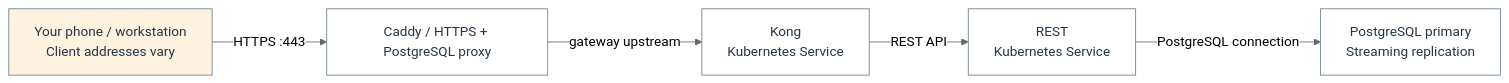
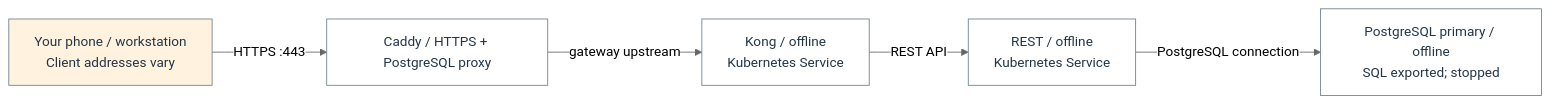
The diagram in docs/architecture/flow-14.mmd (Harsh-2002/Homelab), drawn with Mermaid (neutral theme) before and after one commit. The commit also changed 77 other files, not shown here.

```diff
--- a/docs/architecture/flow-14.mmd
+++ b/docs/architecture/flow-14.mmd
@@ -1,14 +1,14 @@
 flowchart LR
   n_flow_14_0["Your phone / workstation<br/>Client addresses vary"]
   n_flow_14_1["Caddy / HTTPS + PostgreSQL proxy"]
-  n_flow_14_2["Kong<br/>Kubernetes Service"]
-  n_flow_14_3["REST<br/>Kubernetes Service"]
-  n_flow_14_4["PostgreSQL primary<br/>Streaming replication"]
+  n_flow_14_2["Kong / offline<br/>Kubernetes Service"]
+  n_flow_14_3["REST / offline<br/>Kubernetes Service"]
+  n_flow_14_4["PostgreSQL primary / offline<br/>SQL exported; stopped"]
   n_flow_14_0 -->|"HTTPS :443"| n_flow_14_1
   n_flow_14_1 -->|"gateway upstream"| n_flow_14_2
   n_flow_14_2 -->|"REST API"| n_flow_14_3
   n_flow_14_3 -->|"PostgreSQL connection"| n_flow_14_4
   classDef c_flow_14_0 fill:#fff3df,stroke:#6c7f8c,color:#233647;
   class n_flow_14_0 c_flow_14_0;
   classDef c_flow_14_1 fill:#ffffff,stroke:#6c7f8c,color:#233647;
   class n_flow_14_1,n_flow_14_2,n_flow_14_3,n_flow_14_4 c_flow_14_1;
```
